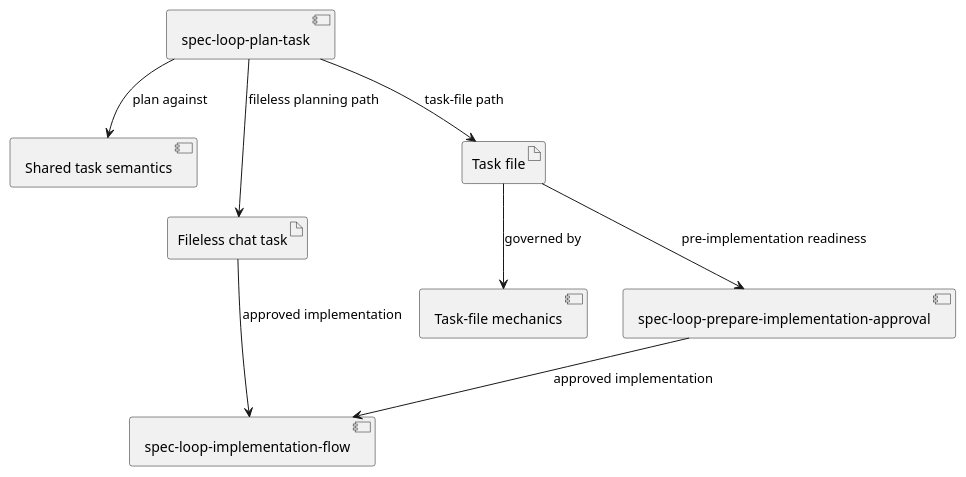
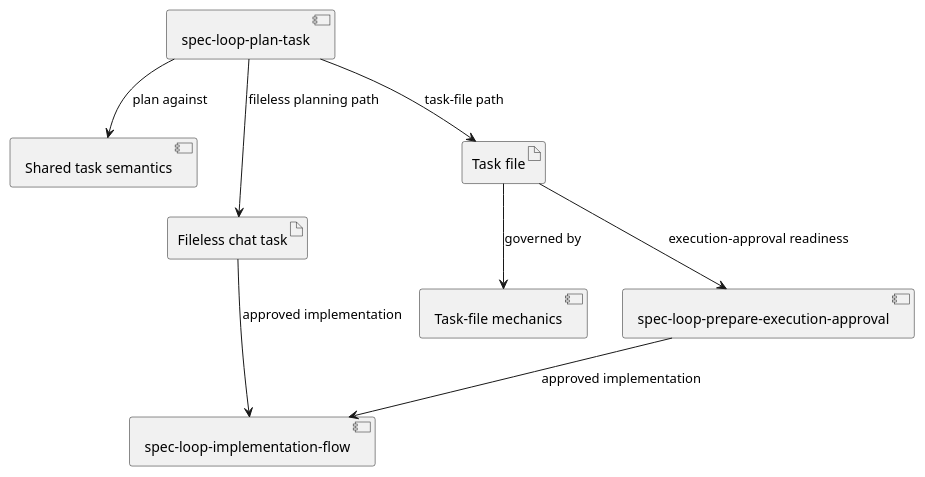
The second of 3 diagrams in tasks/review/unify-fileless-and-task-semantics.md (dpolivaev/spec-loop), drawn with PlantUML before and after one commit. The commit also changed other lines of this file and 17 other files, not shown here.

Commit message:
Rename execution approval preparation skill

````diff
--- a/tasks/review/unify-fileless-and-task-semantics.md
+++ b/tasks/review/unify-fileless-and-task-semantics.md
@@ -99,19 +99,19 @@
   ```plantuml
   @startuml
   component "spec-loop-plan-task" as PlanTask
   component "Shared task semantics" as SharedSemantics
   component "Task-file mechanics" as TaskFileMechanics
   artifact "Fileless chat task" as FilelessTask
   artifact "Task file" as TaskFile
-  component "spec-loop-prepare-implementation-approval" as PrepareApproval
+  component "spec-loop-prepare-execution-approval" as PrepareApproval
   component "spec-loop-implementation-flow" as ImplementationFlow
 
   PlanTask --> SharedSemantics : plan against
   PlanTask --> FilelessTask : fileless planning path
   PlanTask --> TaskFile : task-file path
   TaskFile --> TaskFileMechanics : governed by
-  TaskFile --> PrepareApproval : pre-implementation readiness
+  TaskFile --> PrepareApproval : execution-approval readiness
   FilelessTask --> ImplementationFlow : approved implementation
   PrepareApproval --> ImplementationFlow : approved implementation
   @enduml
   ```
````
